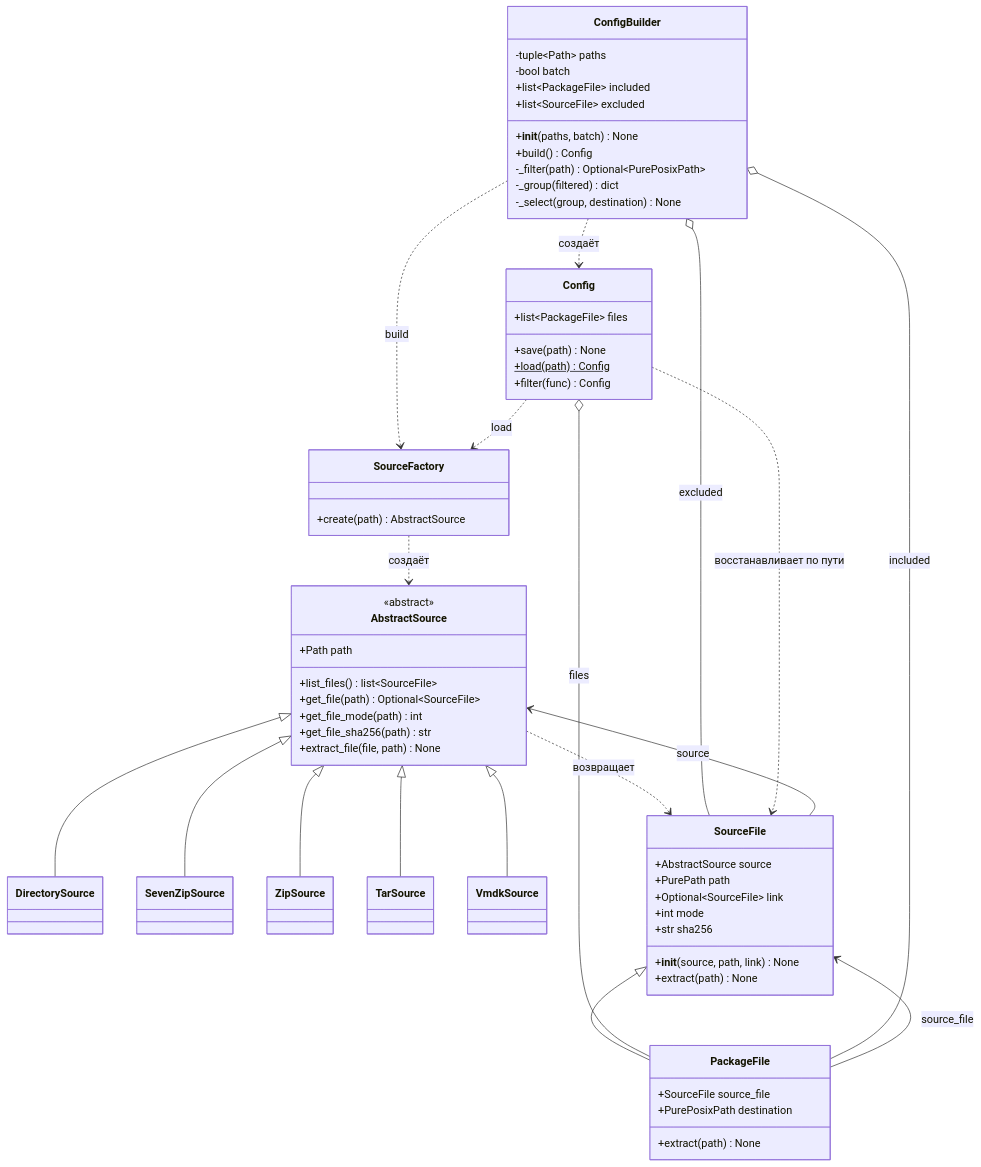
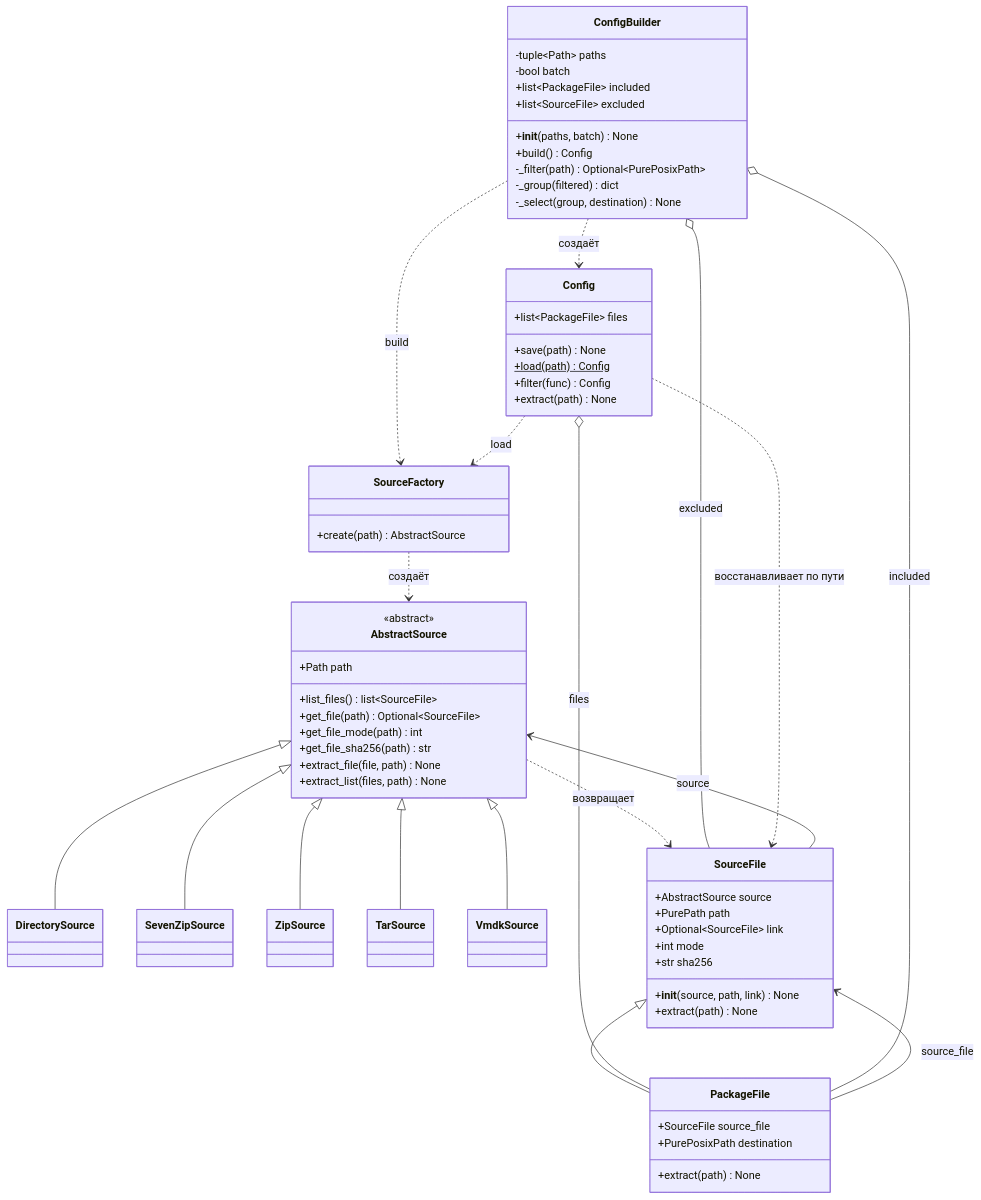
One commit to CPiracy/PWServer changed the first of 2 diagrams in research/package-builder-file-flow.ru.md. Above: the diagram before and after it, drawn with Mermaid. The commit also changed other lines of this file and 10 other files, not shown here.

````diff
--- a/research/package-builder-file-flow.ru.md
+++ b/research/package-builder-file-flow.ru.md
@@ -7,78 +7,80 @@
 ```mermaid
 classDiagram
     direction TB
 
     class AbstractSource {
         <<abstract>>
         +Path path
         +list_files() list~SourceFile~
         +get_file(path) Optional~SourceFile~
         +get_file_mode(path) int
         +get_file_sha256(path) str
         +extract_file(file, path) None
+        +extract_list(files, path) None
     }
 
     class DirectorySource
     class SevenZipSource
     class ZipSource
     class TarSource
     class VmdkSource
 
     class SourceFile {
         +__init__(source, path, link) None
         +AbstractSource source
         +PurePath path
         +Optional~SourceFile~ link
         +int mode
         +str sha256
         +extract(path) None
     }
 
 
     class PackageFile {
         +SourceFile source_file
         +PurePosixPath destination
         +extract(path) None
     }
 
     class ConfigBuilder {
         -tuple~Path~ paths
         -bool batch
         +list~PackageFile~ included
         +list~SourceFile~ excluded
         +__init__(paths, batch) None
         +build() Config
         -_filter(path) Optional~PurePosixPath~
         -_group(filtered) dict
         -_select(group, destination) None
     }
 
     class Config {
         +list~PackageFile~ files
         +save(path) None
         +load(path) Config$
         +filter(func) Config
+        +extract(path) None
     }
 
     class SourceFactory {
         +create(path) AbstractSource
     }
 
     AbstractSource <|-- DirectorySource
     AbstractSource <|-- SevenZipSource
     AbstractSource <|-- ZipSource
     AbstractSource <|-- TarSource
     AbstractSource <|-- VmdkSource
     SourceFile <|-- PackageFile
     AbstractSource ..> SourceFile : возвращает
     SourceFile --> AbstractSource : source
     PackageFile --> SourceFile : source_file
     Config o-- PackageFile : files
     ConfigBuilder o-- SourceFile : excluded
     ConfigBuilder o-- PackageFile : included
     ConfigBuilder ..> SourceFactory : build
     ConfigBuilder ..> Config : создаёт
     Config ..> SourceFactory : load
     Config ..> SourceFile : восстанавливает по пути
     SourceFactory ..> AbstractSource : создаёт
 ```
````
